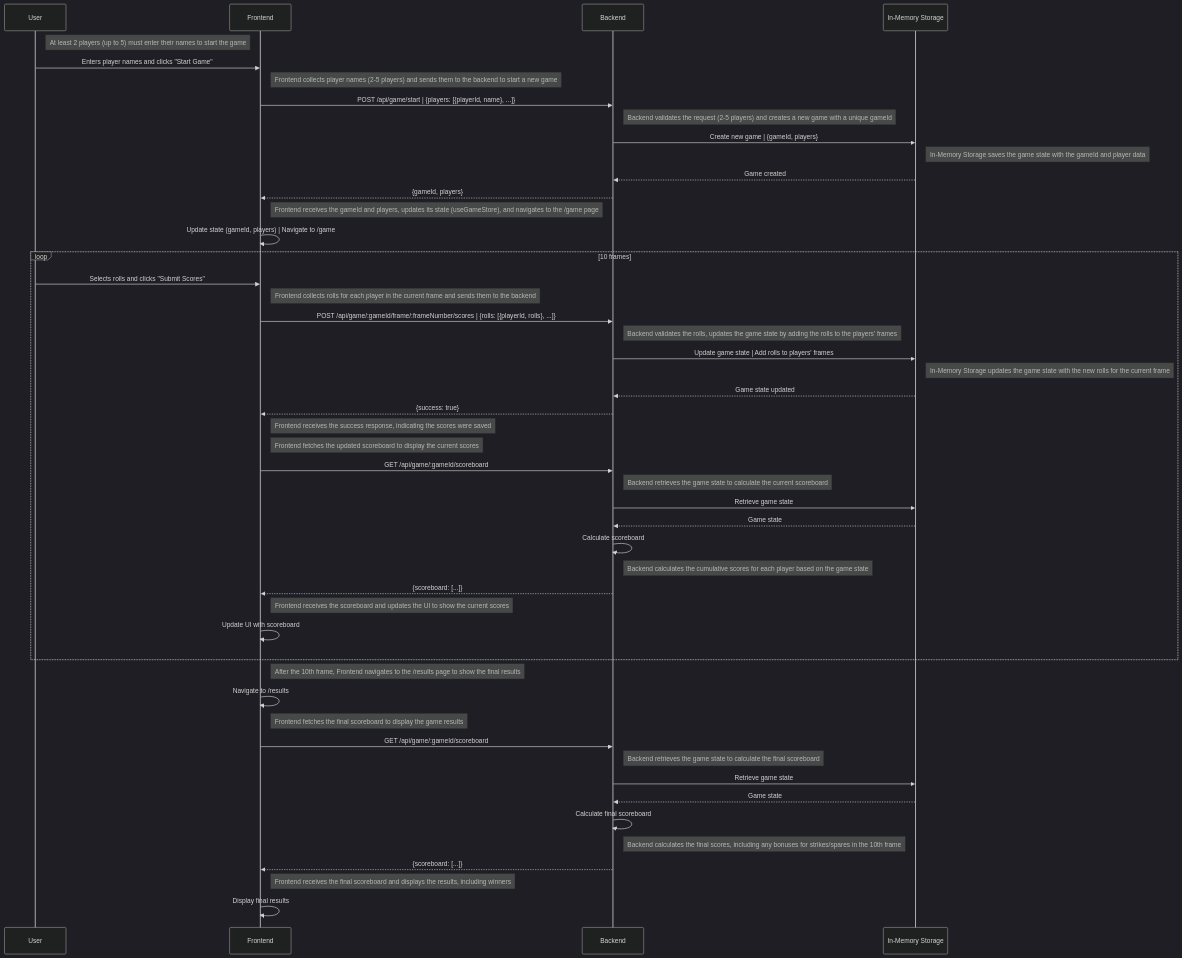
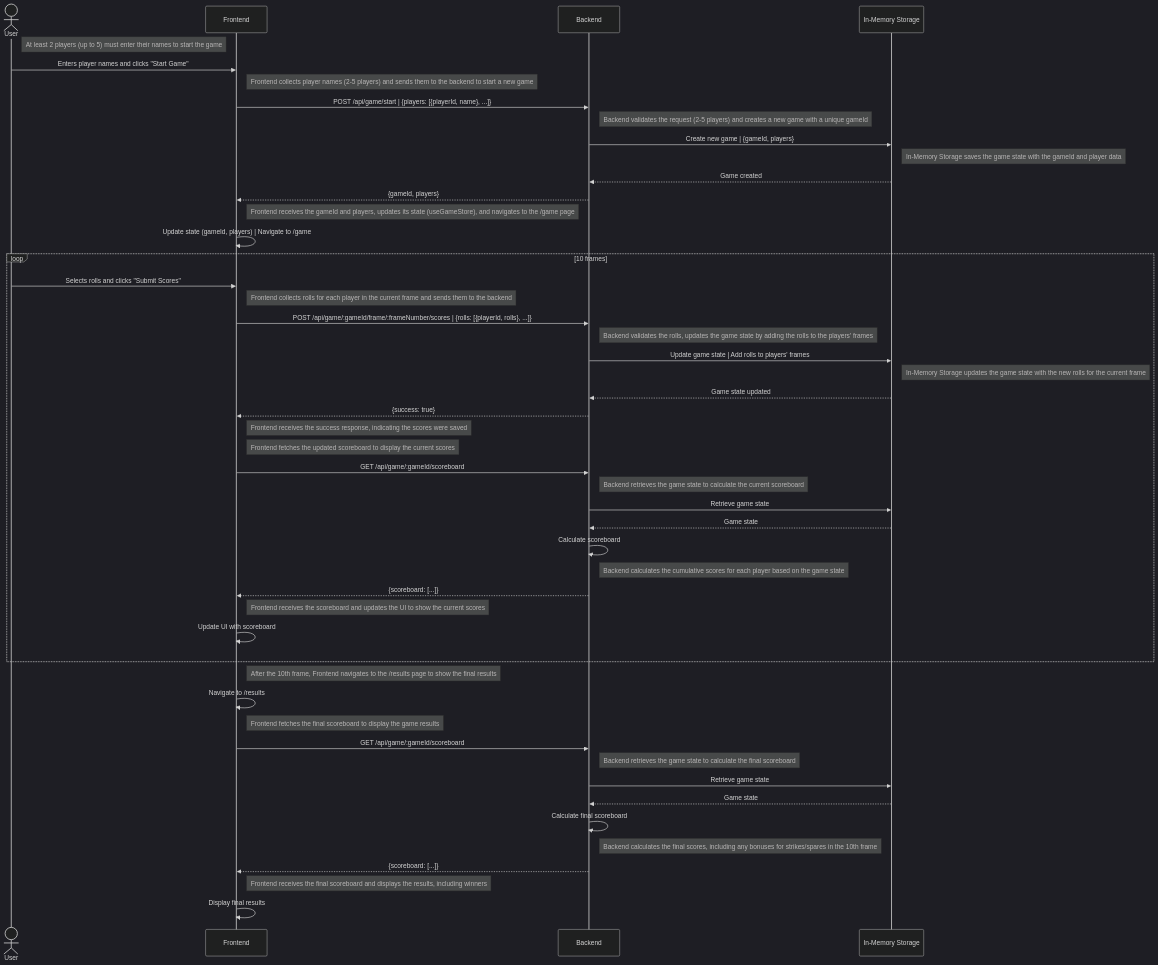
The diagram in README.md (vanthonglee/bowling-score-tracker), drawn with Mermaid (dark theme) before and after one commit.

Commit message:
chore: update README sequence diagram

````diff
--- a/README.md
+++ b/README.md
@@ -18,61 +18,61 @@
 ```mermaid
 
 sequenceDiagram
-    participant User
+    actor User
     participant FE as Frontend
     participant BE as Backend
     participant IMS as In-Memory Storage
 
     %% Start a New Game
     note right of User: At least 2 players (up to 5) must enter their names to start the game
     User->>FE: Enters player names and clicks "Start Game"
     note right of FE: Frontend collects player names (2-5 players) and sends them to the backend to start a new game
     FE->>BE: POST /api/game/start | {players: [{playerId, name}, ...]}
     note right of BE: Backend validates the request (2-5 players) and creates a new game with a unique gameId
     BE->>IMS: Create new game | {gameId, players}
     note right of IMS: In-Memory Storage saves the game state with the gameId and player data
     IMS-->>BE: Game created
     BE-->>FE: {gameId, players}
     note right of FE: Frontend receives the gameId and players, updates its state (useGameStore), and navigates to the /game page
     FE->>FE: Update state (gameId, players) | Navigate to /game
 
     %% Play 10 Frames
     loop 10 frames
         User->>FE: Selects rolls and clicks "Submit Scores"
         note right of FE: Frontend collects rolls for each player in the current frame and sends them to the backend
         FE->>BE: POST /api/game/:gameId/frame/:frameNumber/scores | {rolls: [{playerId, rolls}, ...]}
         note right of BE: Backend validates the rolls, updates the game state by adding the rolls to the players' frames
         BE->>IMS: Update game state | Add rolls to players' frames
         note right of IMS: In-Memory Storage updates the game state with the new rolls for the current frame
         IMS-->>BE: Game state updated
         BE-->>FE: {success: true}
         note right of FE: Frontend receives the success response, indicating the scores were saved
 
         %% Fetch Scoreboard After Each Frame
         note right of FE: Frontend fetches the updated scoreboard to display the current scores
         FE->>BE: GET /api/game/:gameId/scoreboard
         note right of BE: Backend retrieves the game state to calculate the current scoreboard
         BE->>IMS: Retrieve game state
         IMS-->>BE: Game state
         BE->>BE: Calculate scoreboard
         note right of BE: Backend calculates the cumulative scores for each player based on the game state
         BE-->>FE: {scoreboard: [...]}
         note right of FE: Frontend receives the scoreboard and updates the UI to show the current scores
         FE->>FE: Update UI with scoreboard
     end
 
     %% Navigate to Results
     note right of FE: After the 10th frame, Frontend navigates to the /results page to show the final results
     FE->>FE: Navigate to /results
     note right of FE: Frontend fetches the final scoreboard to display the game results
     FE->>BE: GET /api/game/:gameId/scoreboard
     note right of BE: Backend retrieves the game state to calculate the final scoreboard
     BE->>IMS: Retrieve game state
     IMS-->>BE: Game state
     BE->>BE: Calculate final scoreboard
     note right of BE: Backend calculates the final scores, including any bonuses for strikes/spares in the 10th frame
     BE-->>FE: {scoreboard: [...]}
     note right of FE: Frontend receives the final scoreboard and displays the results, including winners
     FE->>FE: Display final results
 
 ```
````
